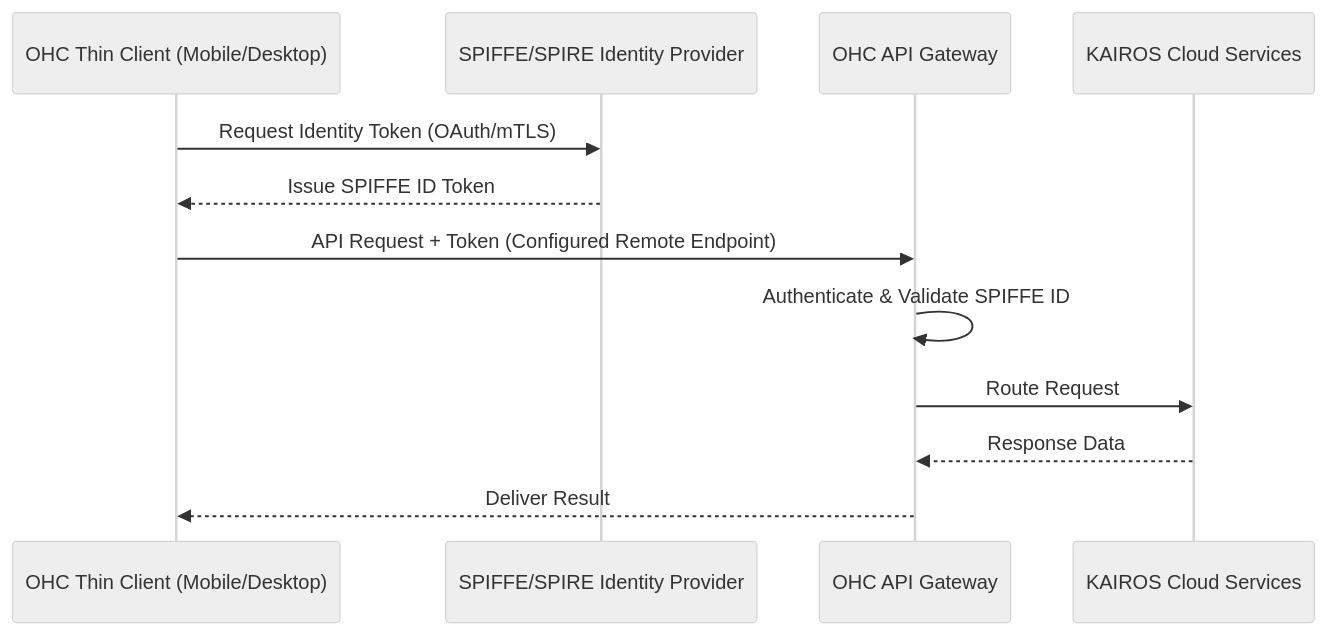
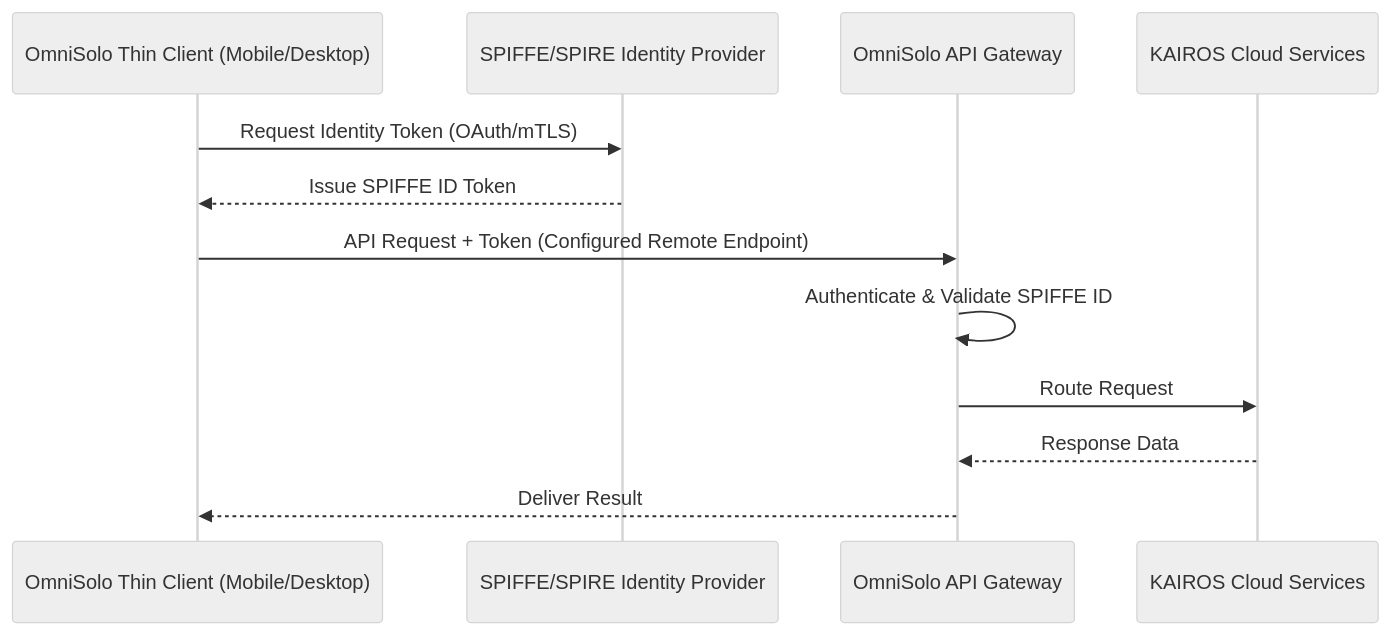
Before and after one commit to omnisolo-llc/onehumancorp: the diagram in docs/technical/walkthroughs/thin_client_api_configuration.md, drawn with Mermaid (neutral theme). The commit also changed other lines of this file and 2191 other files, not shown here.

Commit message:
feat: complete OmniSolo rename and browser audit

````diff
--- a/docs/technical/walkthroughs/thin_client_api_configuration.md
+++ b/docs/technical/walkthroughs/thin_client_api_configuration.md
@@ -11,15 +11,15 @@
 ```mermaid
 sequenceDiagram
-    participant Client as OHC Thin Client (Mobile/Desktop)
+    participant Client as OmniSolo Thin Client (Mobile/Desktop)
     participant SPIFFE as SPIFFE/SPIRE Identity Provider
-    participant Gateway as OHC API Gateway
+    participant Gateway as OmniSolo API Gateway
     participant Cloud as KAIROS Cloud Services
 
     Client->>SPIFFE: Request Identity Token (OAuth/mTLS)
     SPIFFE-->>Client: Issue SPIFFE ID Token
     Client->>Gateway: API Request + Token (Configured Remote Endpoint)
     Gateway->>Gateway: Authenticate & Validate SPIFFE ID
     Gateway->>Cloud: Route Request
     Cloud-->>Gateway: Response Data
     Gateway-->>Client: Deliver Result
 ```
````
